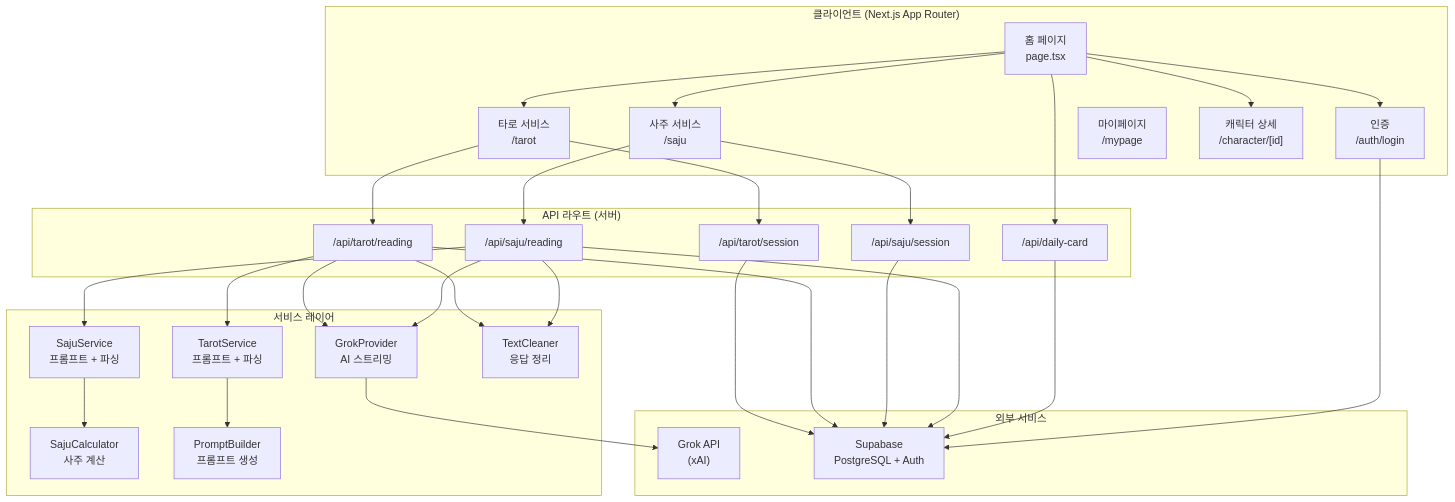
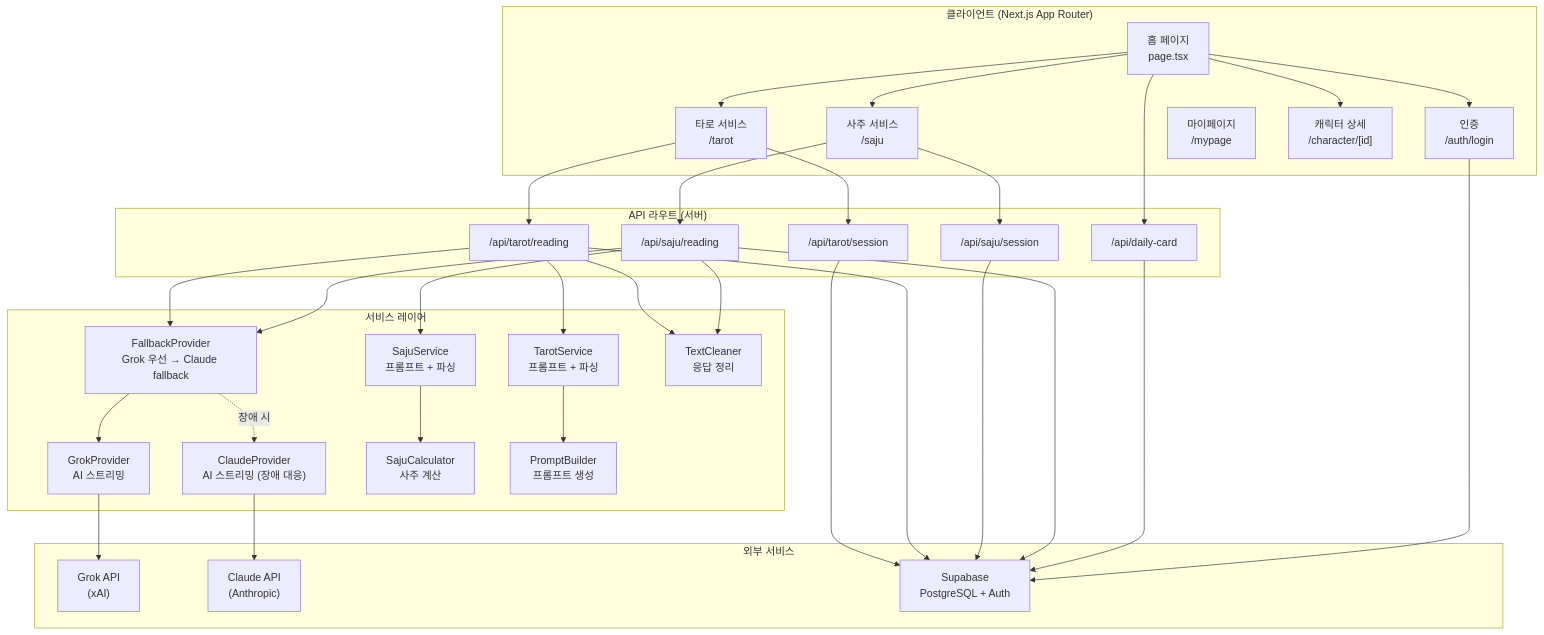
Before and after one commit to xzawed/ArcanaInsight: the first of 13 diagrams in process.md, drawn with Mermaid. The commit also changed 2 other files, not shown here.

Commit message:
docs: AI Fallback Provider 전체 문서화 (5곳 반영) (#55)
1. CLAUDE.md 프로젝트 구조: claude-provider.ts, fallback-provider.ts 추가
2. CLAUDE.md 기술 스택: Grok 우선 + Claude 자동 fallback 명시
3. CLAUDE.md 핵심 아키텍처: 쿨다운 체계 상세 (429→30초, 500→5분, 401→30분)
4. README.md 기술 스택: Claude API fallback 추가
5. process.md 아키텍처 다이어그램: FallbackProvider + ClaudeProvider + Claude API 노드

````diff
--- a/process.md
+++ b/process.md
@@ -5,52 +5,57 @@
 ```mermaid
 graph TB
     subgraph Client["클라이언트 (Next.js App Router)"]
         HOME["홈 페이지<br/>page.tsx"]
         TAROT["타로 서비스<br/>/tarot"]
         SAJU["사주 서비스<br/>/saju"]
         AUTH["인증<br/>/auth/login"]
         MYPAGE["마이페이지<br/>/mypage"]
         CHAR["캐릭터 상세<br/>/character/[id]"]
     end
 
     subgraph API["API 라우트 (서버)"]
         API_TAROT_SESSION["/api/tarot/session"]
         API_TAROT_READING["/api/tarot/reading"]
         API_SAJU_SESSION["/api/saju/session"]
         API_SAJU_READING["/api/saju/reading"]
         API_DAILY["/api/daily-card"]
     end
 
     subgraph Services["서비스 레이어"]
+        FALLBACK["FallbackProvider<br/>Grok 우선 → Claude fallback"]
         GROK["GrokProvider<br/>AI 스트리밍"]
+        CLAUDE["ClaudeProvider<br/>AI 스트리밍 (장애 대응)"]
         TAROT_SVC["TarotService<br/>프롬프트 + 파싱"]
         SAJU_SVC["SajuService<br/>프롬프트 + 파싱"]
         SAJU_CALC["SajuCalculator<br/>사주 계산"]
         PROMPT["PromptBuilder<br/>프롬프트 생성"]
         CLEANER["TextCleaner<br/>응답 정리"]
     end
 
     subgraph External["외부 서비스"]
         GROK_API["Grok API<br/>(xAI)"]
+        CLAUDE_API["Claude API<br/>(Anthropic)"]
         SUPABASE["Supabase<br/>PostgreSQL + Auth"]
     end
 
     HOME --> TAROT & SAJU & AUTH & CHAR
     TAROT --> API_TAROT_SESSION & API_TAROT_READING
     SAJU --> API_SAJU_SESSION & API_SAJU_READING
     HOME --> API_DAILY
 
     API_TAROT_READING --> TAROT_SVC --> PROMPT
-    API_TAROT_READING --> GROK --> GROK_API
+    API_TAROT_READING --> FALLBACK
+    FALLBACK --> GROK --> GROK_API
+    FALLBACK -.->|장애 시| CLAUDE --> CLAUDE_API
     API_TAROT_READING --> CLEANER
     API_SAJU_READING --> SAJU_SVC --> SAJU_CALC
-    API_SAJU_READING --> GROK
+    API_SAJU_READING --> FALLBACK
     API_SAJU_READING --> CLEANER
 
     API_TAROT_SESSION --> SUPABASE
     API_TAROT_READING --> SUPABASE
     API_SAJU_SESSION --> SUPABASE
     API_SAJU_READING --> SUPABASE
     API_DAILY --> SUPABASE
     AUTH --> SUPABASE
 ```
````
